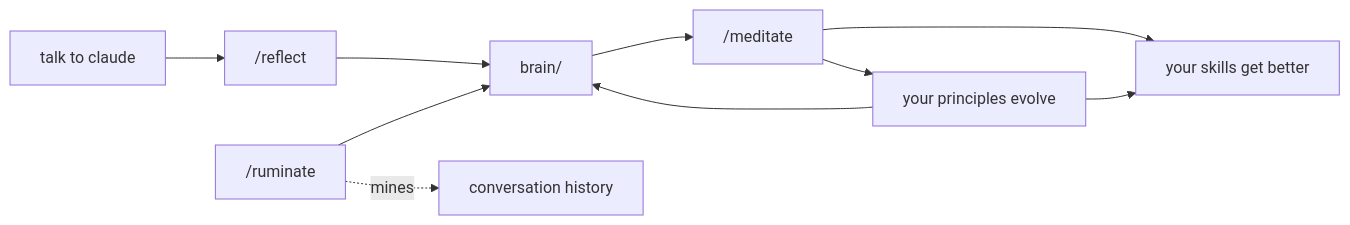
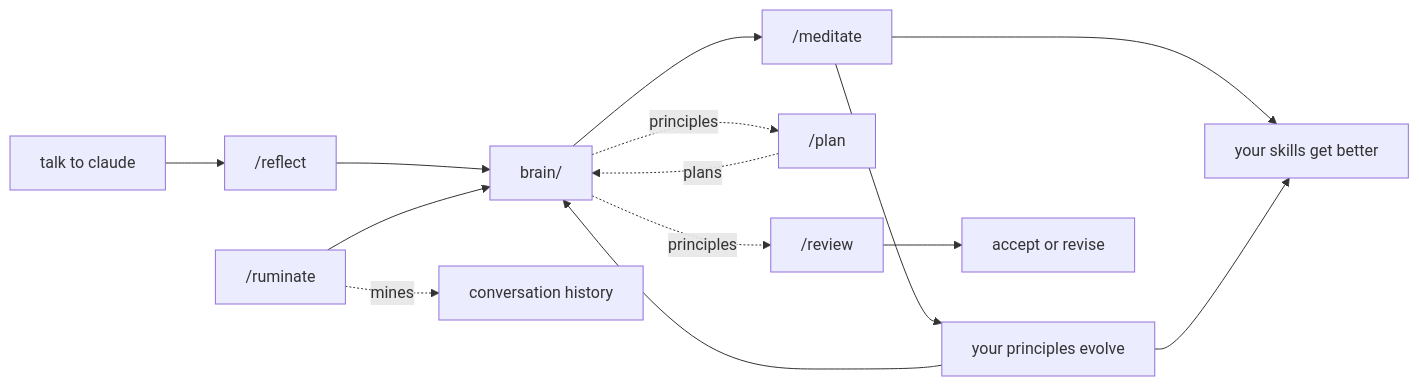
Before and after one commit to poteto/brainmaxxing: the diagram in README.md, drawn with Mermaid.

Commit message:
docs: add plan and review to mermaid diagram

````diff
--- a/README.md
+++ b/README.md
@@ -9,12 +9,16 @@
 ```mermaid
 graph LR
     A[talk to claude] --> B["/reflect"]
     B --> C["brain/"]
     C --> D["/meditate"]
     D --> E[your skills get better]
     D --> F[your principles evolve]
     F --> C
     F --> E
     G["/ruminate"] --> C
     G -. mines .-> H[conversation history]
+    C -. principles .-> I["/plan"]
+    I -. plans .-> C
+    C -. principles .-> J["/review"]
+    J --> K[accept or revise]
 ```
````
